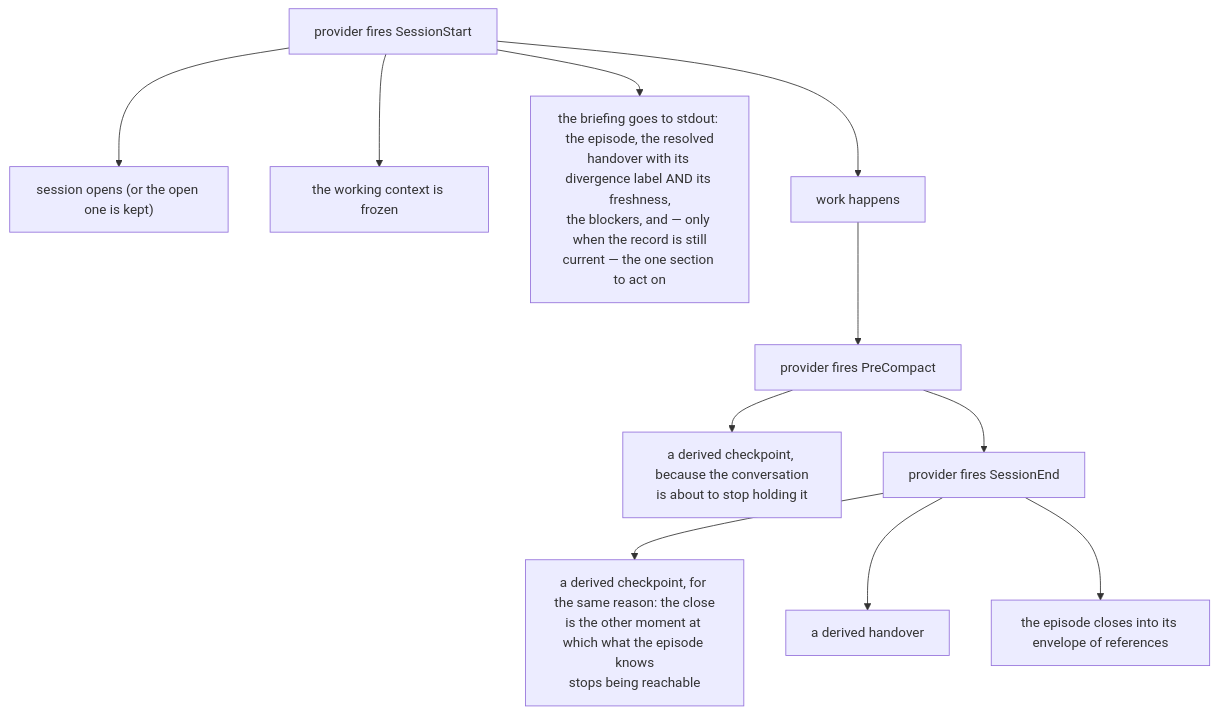
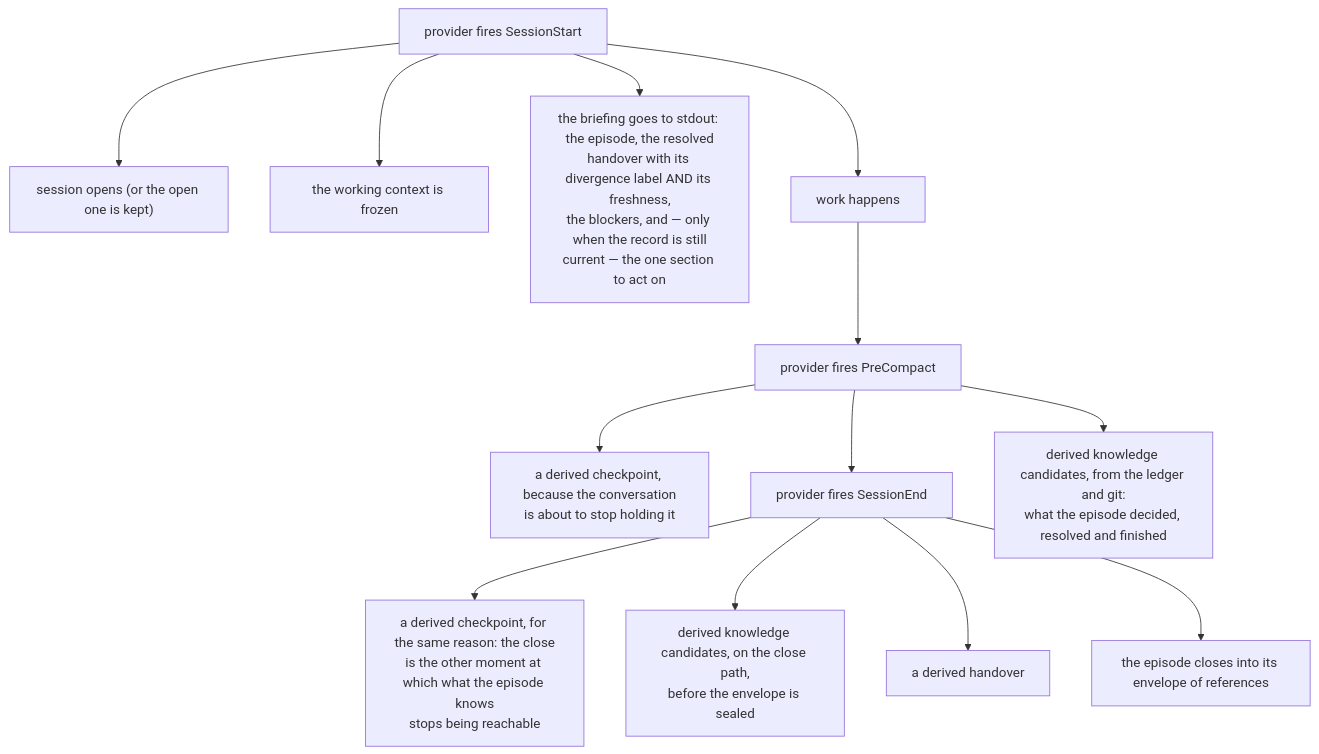
The first of 3 diagrams in docs/CONTINUITY.md (korczis/prismatic-majordomus), drawn with Mermaid before and after one commit. The commit also changed other lines of this file and 524 other files, not shown here.

First line of the commit message:
feat(knowledge): derive knowledge at the episode boundary, serve it everywhere, enforce it

````diff
--- a/docs/CONTINUITY.md
+++ b/docs/CONTINUITY.md
@@ -302,25 +314,29 @@
 ```mermaid
 flowchart TD
   ss["provider fires SessionStart"]
   opens["session opens (or the open one is kept)"]
   frozen["the working context is frozen"]
   brief["the briefing goes to stdout: the episode, the resolved<br>handover with its divergence label AND its freshness,<br>the blockers, and — only when the record is still<br>current — the one section to act on"]
   work["work happens"]
   pc["provider fires PreCompact"]
   cp1["a derived checkpoint, because the conversation<br>is about to stop holding it"]
   se["provider fires SessionEnd"]
   cp2["a derived checkpoint, for the same reason: the close<br>is the other moment at which what the episode knows<br>stops being reachable"]
+  kn1["derived knowledge candidates, from the ledger and git:<br>what the episode decided, resolved and finished"]
+  kn2["derived knowledge candidates, on the close path,<br>before the envelope is sealed"]
   ho["a derived handover"]
   env["the episode closes into its envelope of references"]
 
   ss --> opens
   ss --> frozen
   ss --> brief
   ss --> work
   work --> pc
   pc --> cp1
+  pc --> kn1
   pc --> se
   se --> cp2
+  se --> kn2
   se --> ho
   se --> env
 ```
````
